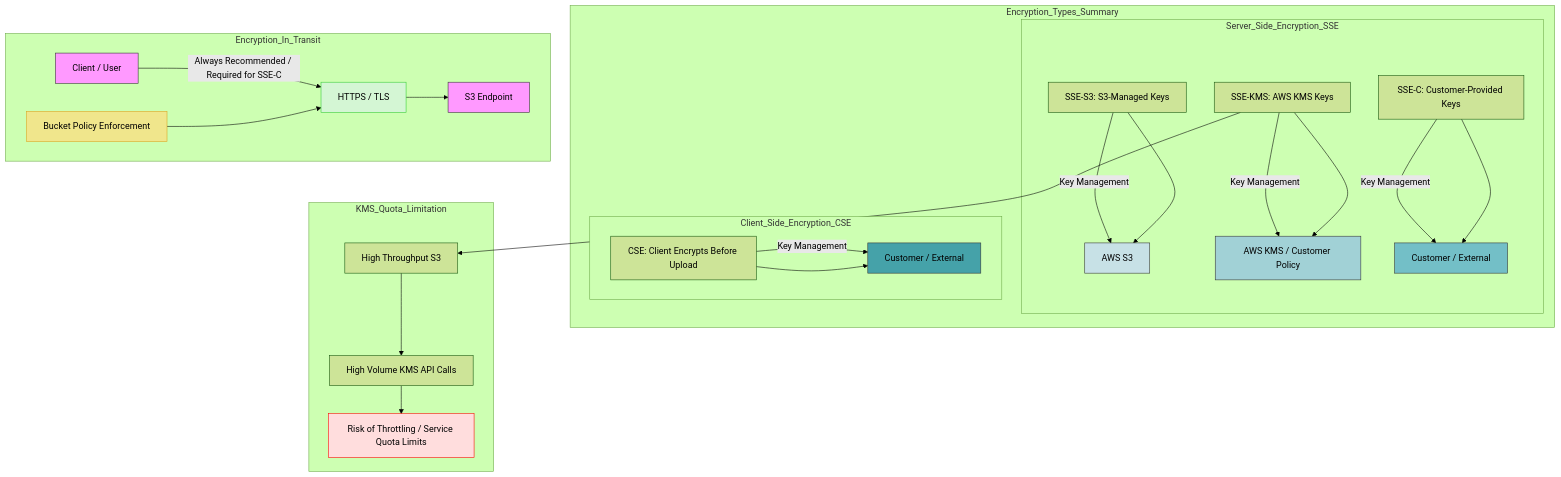
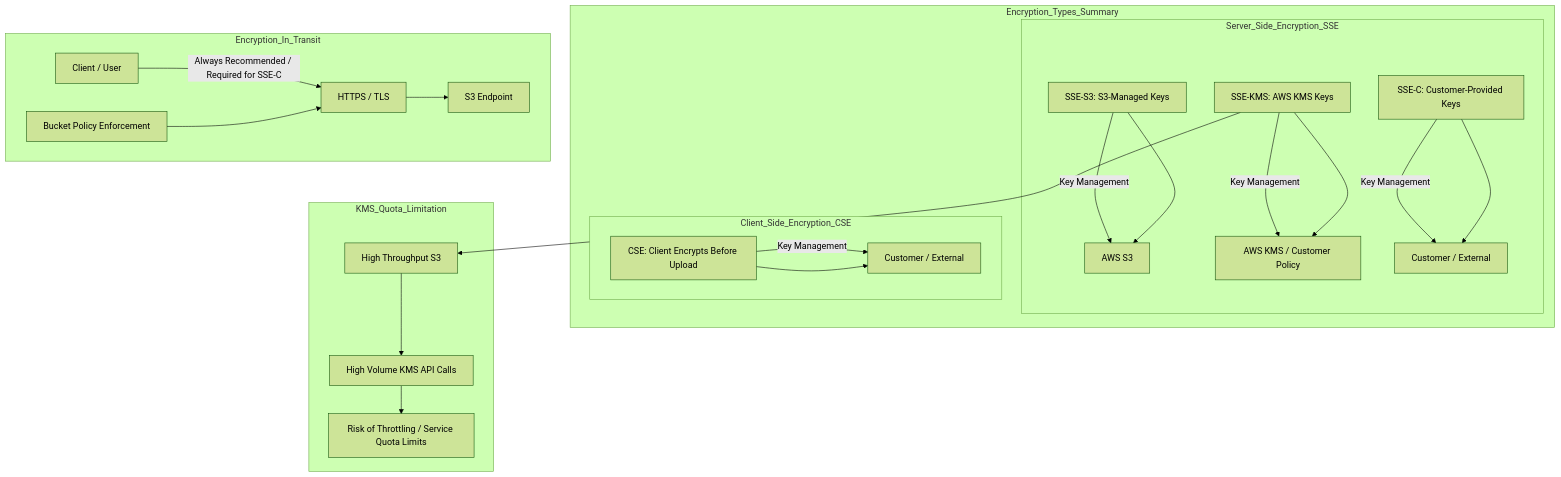
Before and after one commit to rathiaditya/AWSCertification: the diagram in S3 Security/1-S3 Encryption.md, drawn with Mermaid (forest theme).

Commit message:
S3 encryption

````diff
--- a/S3 Security/1-S3 Encryption.md
+++ b/S3 Security/1-S3 Encryption.md
@@ -117,44 +117,32 @@
 ```mermaid
 graph TD
     subgraph Encryption_Types_Summary
         subgraph Server_Side_Encryption_SSE
             A[SSE-S3: S3-Managed Keys] -->|Key Management| M1[AWS S3]
             B[SSE-KMS: AWS KMS Keys] -->|Key Management| M2[AWS KMS / Customer Policy]
             C[SSE-C: Customer-Provided Keys] -->|Key Management| M3[Customer / External]
         end
 
         subgraph Client_Side_Encryption_CSE
             D[CSE: Client Encrypts Before Upload] -->|Key Management| M4[Customer / External]
         end
 
         A --> M1
         B --> M2
         C --> M3
         D --> M4
-
-        style M1 fill:#c7e1e6,stroke:#333
-        style M2 fill:#a1d1d6,stroke:#333
-        style M3 fill:#73bfc7,stroke:#333
-        style M4 fill:#45a2a9,stroke:#333
     end
 
     subgraph Encryption_In_Transit
         E[Client / User] -->|Always Recommended / Required for SSE-C| F[HTTPS / TLS]
         F --> G[S3 Endpoint]
         H[Bucket Policy Enforcement] --> F
-
-        style E fill:#f9f,stroke:#333
-        style F fill:#d4f6d4,stroke:#3c3
-        style G fill:#f9f,stroke:#333
-        style H fill:#f0e68c,stroke:#daa520
     end
 
     subgraph KMS_Quota_Limitation
         I[High Throughput S3] --> J[High Volume KMS API Calls]
         J --> K[Risk of Throttling / Service Quota Limits]
-
-        style K fill:#ffdddd,stroke:#ff0000
     end
 
     B --> I
 ```
````
